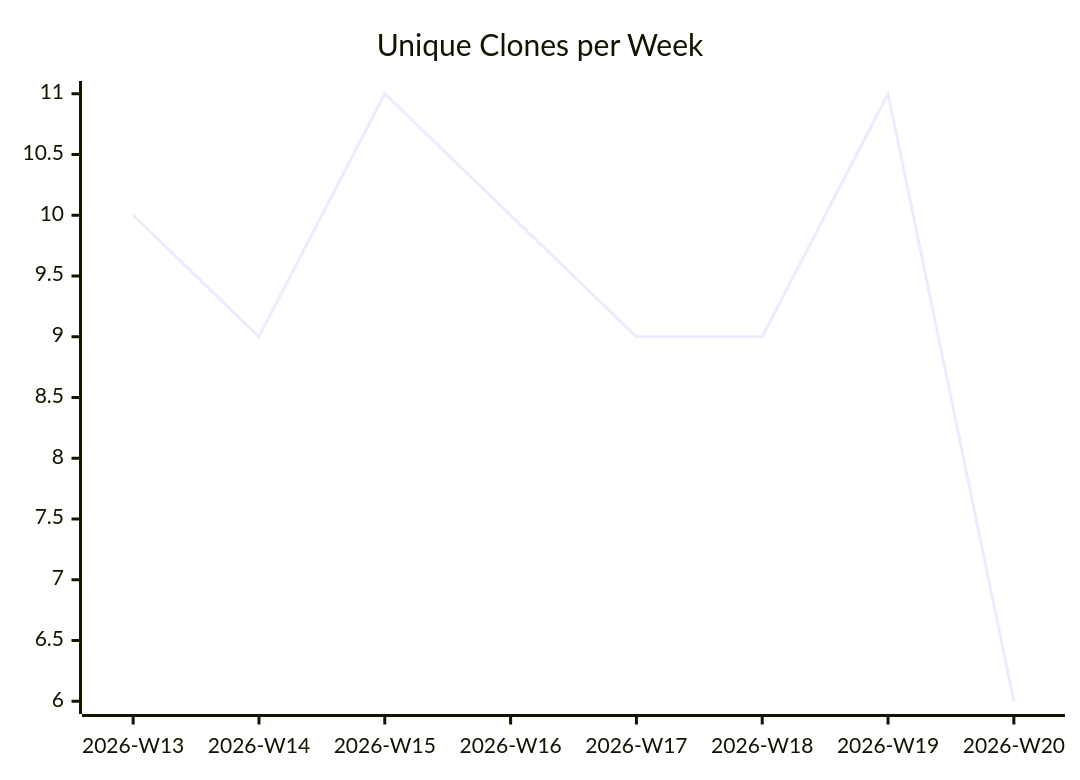
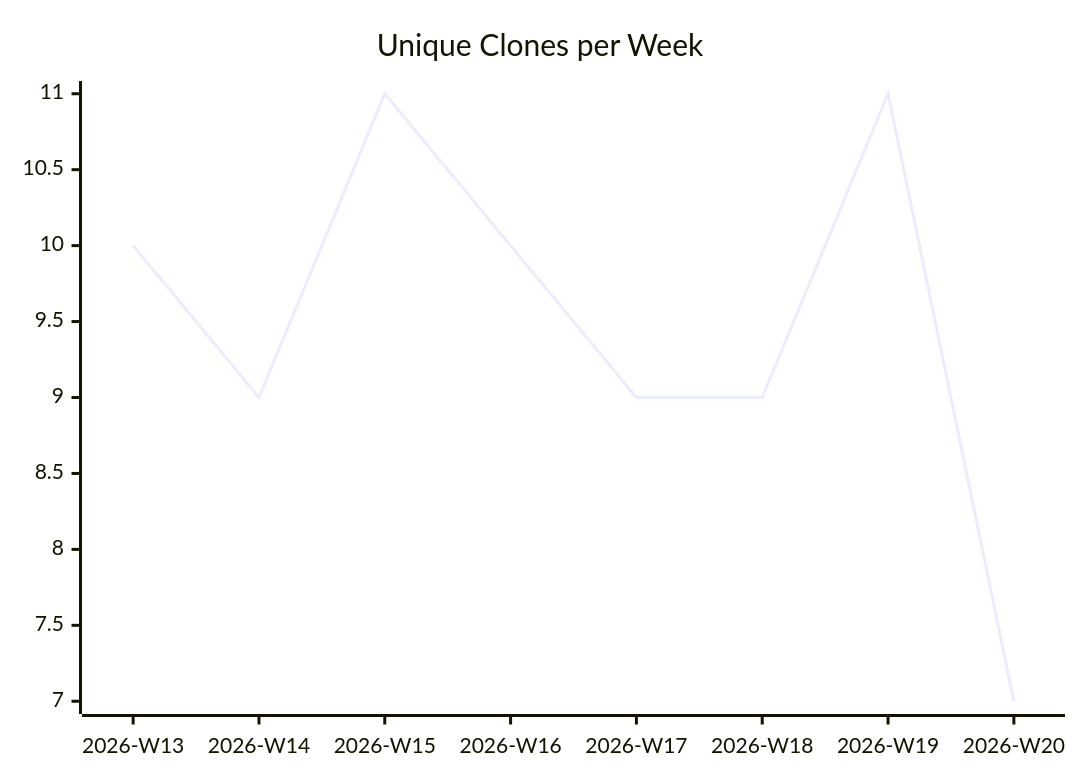
One commit to justdavis-family/github-analytics-data changed the third of 3 diagrams in karlmdavis/usgs-water-api-java/README.md. Above: the diagram before and after it, drawn with Mermaid. The commit also changed other lines of this file and 189 other files, not shown here.

````diff
--- a/karlmdavis/usgs-water-api-java/README.md
+++ b/karlmdavis/usgs-water-api-java/README.md
@@ -19,6 +19,6 @@
 ```mermaid
 xychart-beta
   title "Unique Clones per Week"
   x-axis ["2026-W13", "2026-W14", "2026-W15", "2026-W16", "2026-W17", "2026-W18", "2026-W19", "2026-W20"]
-  line [10, 9, 11, 10, 9, 9, 11, 6]
+  line [10, 9, 11, 10, 9, 9, 11, 7]
 ```
````
